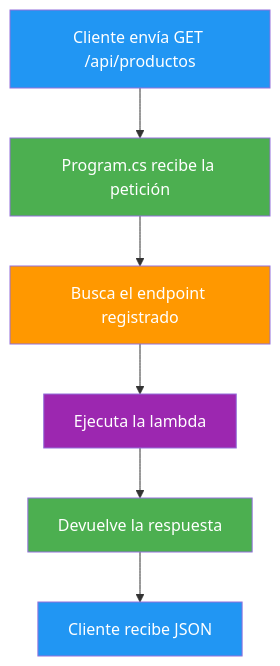
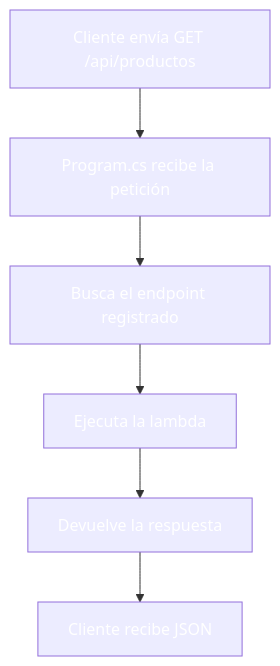
One commit to joseluisgs/DesarrolloWebEntornosServidor-02-2026-2027 changed the third of 4 diagrams in 03-minimal-apis.md. Above: the diagram before and after it, drawn with Mermaid. The commit also changed other lines of this file and 41 other files, not shown here.

````diff
--- a/03-minimal-apis.md
+++ b/03-minimal-apis.md
@@ -126,14 +126,14 @@
 ```mermaid
 flowchart TD
     A["Cliente envía GET /api/productos"] --> B["Program.cs recibe la petición"]
     B --> C["Busca el endpoint registrado"]
     C --> D["Ejecuta la lambda"]
     D --> E["Devuelve la respuesta"]
     E --> F["Cliente recibe JSON"]
-    style A fill:#2196F3,color:#fff
-    style B fill:#4CAF50,color:#fff
-    style C fill:#FF9800,color:#fff
-    style D fill:#9C27B0,color:#fff
-    style E fill:#4CAF50,color:#fff
-    style F fill:#2196F3,color:#fff
+    style A fill:#2196F,color:#fff3,color:#fff
+    style B fill:#4CAF5,color:#fff0,color:#fff
+    style C fill:#FF980,color:#fff0,color:#fff
+    style D fill:#9C27B,color:#fff0,color:#fff
+    style E fill:#4CAF5,color:#fff0,color:#fff
+    style F fill:#2196F,color:#fff3,color:#fff
 ```
````
